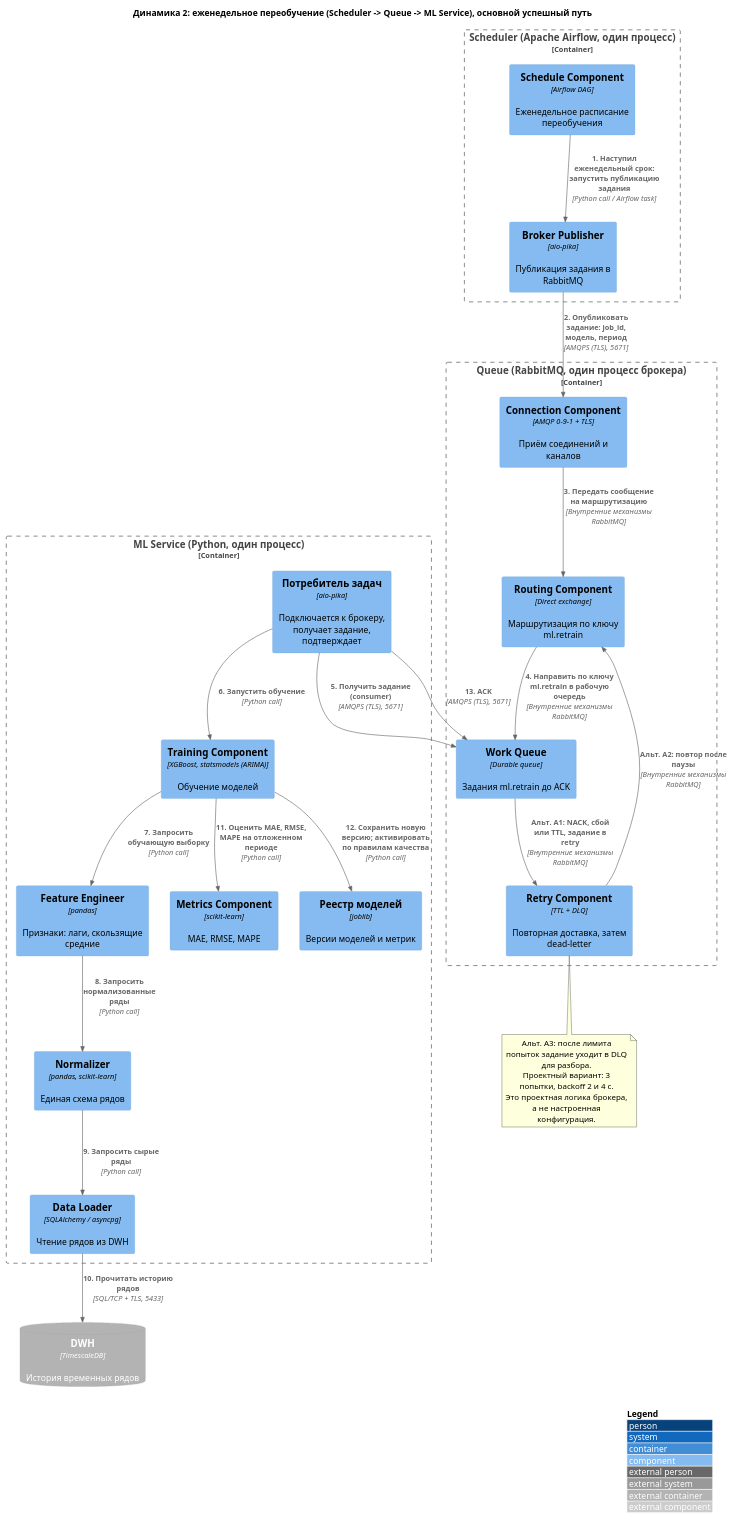
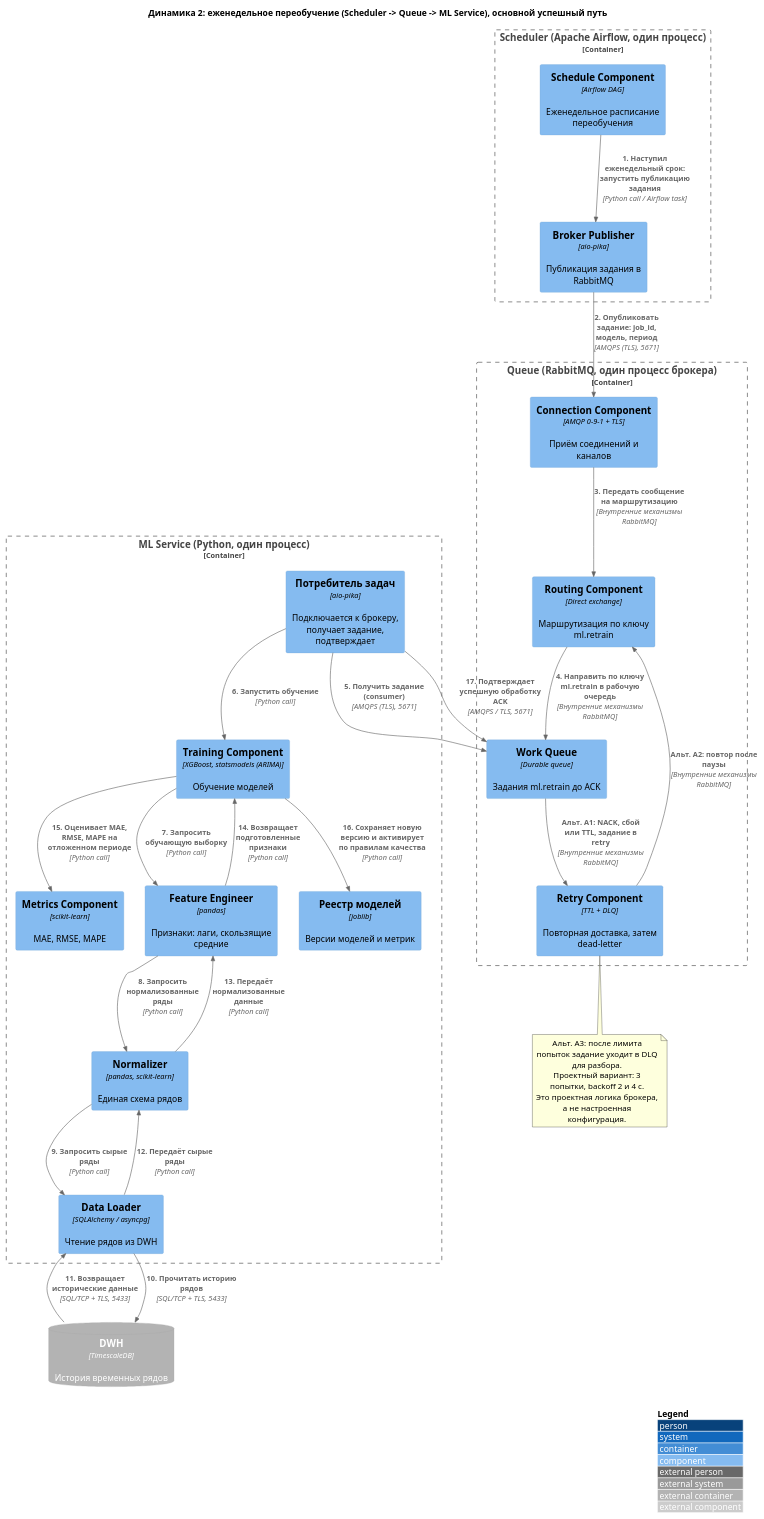
The diagram in src/lab4/danya/dynamic_danya_retraining.puml (Jjots/finance-forecast-app), drawn with PlantUML before and after one commit. The commit also changed 1 other file, not shown here.

Commit message:
fix: correct Danya lab4 diagrams

```diff
--- a/src/lab4/danya/dynamic_danya_retraining.puml
+++ b/src/lab4/danya/dynamic_danya_retraining.puml
@@ -1,55 +1,61 @@
 @startuml dynamic_danya_retraining
 !include https://raw.githubusercontent.com/plantuml-stdlib/C4-PlantUML/master/C4_Component.puml
 
 LAYOUT_WITH_LEGEND()
 
 title Динамика 2: еженедельное переобучение (Scheduler -> Queue -> ML Service), основной успешный путь
 
 Container_Boundary(scheduler, "Scheduler (Apache Airflow, один процесс)") {
     Component(schedule_comp, "Schedule Component", "Airflow DAG", "Еженедельное расписание переобучения")
     Component(broker_publisher_comp, "Broker Publisher", "aio-pika", "Публикация задания в RabbitMQ")
 }
 
 Container_Boundary(queue, "Queue (RabbitMQ, один процесс брокера)") {
     Component(connection_comp, "Connection Component", "AMQP 0-9-1 + TLS", "Приём соединений и каналов")
     Component(routing_comp, "Routing Component", "Direct exchange", "Маршрутизация по ключу ml.retrain")
     Component(work_queue_comp, "Work Queue", "Durable queue", "Задания ml.retrain до ACK")
     Component(retry_comp, "Retry Component", "TTL + DLQ", "Повторная доставка, затем dead-letter")
 }
 
 Container_Boundary(ml_service, "ML Service (Python, один процесс)") {
     Component(task_consumer_comp, "Потребитель задач", "aio-pika", "Подключается к брокеру, получает задание, подтверждает")
     Component(training_comp, "Training Component", "XGBoost, statsmodels (ARIMA)", "Обучение моделей")
     Component(feature_engineer_comp, "Feature Engineer", "pandas", "Признаки: лаги, скользящие средние")
     Component(normalizer_comp, "Normalizer", "pandas, scikit-learn", "Единая схема рядов")
     Component(data_loader_comp, "Data Loader", "SQLAlchemy / asyncpg", "Чтение рядов из DWH")
     Component(metrics_comp, "Metrics Component", "scikit-learn", "MAE, RMSE, MAPE")
     Component(model_registry_comp, "Реестр моделей", "joblib", "Версии моделей и метрик")
 }
 
 ContainerDb_Ext(dwh, "DWH", "TimescaleDB", "История временных рядов")
 
 Rel(schedule_comp, broker_publisher_comp, "1. Наступил еженедельный срок: запустить публикацию задания", "Python call / Airflow task")
 Rel(broker_publisher_comp, connection_comp, "2. Опубликовать задание: job_id, модель, период", "AMQPS (TLS), 5671")
 Rel(connection_comp, routing_comp, "3. Передать сообщение на маршрутизацию", "Внутренние механизмы RabbitMQ")
 Rel(routing_comp, work_queue_comp, "4. Направить по ключу ml.retrain в рабочую очередь", "Внутренние механизмы RabbitMQ")
 Rel(task_consumer_comp, work_queue_comp, "5. Получить задание (consumer)", "AMQPS (TLS), 5671")
 Rel(task_consumer_comp, training_comp, "6. Запустить обучение", "Python call")
 Rel(training_comp, feature_engineer_comp, "7. Запросить обучающую выборку", "Python call")
 Rel(feature_engineer_comp, normalizer_comp, "8. Запросить нормализованные ряды", "Python call")
 Rel(normalizer_comp, data_loader_comp, "9. Запросить сырые ряды", "Python call")
 Rel(data_loader_comp, dwh, "10. Прочитать историю рядов", "SQL/TCP + TLS, 5433")
-Rel(training_comp, metrics_comp, "11. Оценить MAE, RMSE, MAPE на отложенном периоде", "Python call")
-Rel(training_comp, model_registry_comp, "12. Сохранить новую версию; активировать по правилам качества", "Python call")
-Rel(task_consumer_comp, work_queue_comp, "13. ACK", "AMQPS (TLS), 5671")
+
+Rel(dwh, data_loader_comp, "11. Возвращает исторические данные", "SQL/TCP + TLS, 5433")
+Rel(data_loader_comp, normalizer_comp, "12. Передаёт сырые ряды", "Python call")
+Rel(normalizer_comp, feature_engineer_comp, "13. Передаёт нормализованные данные", "Python call")
+Rel(feature_engineer_comp, training_comp, "14. Возвращает подготовленные признаки", "Python call")
+Rel(training_comp, metrics_comp, "15. Оценивает MAE, RMSE, MAPE на отложенном периоде", "Python call")
+Rel(training_comp, model_registry_comp, "16. Сохраняет новую версию и активирует по правилам качества", "Python call")
+Rel(task_consumer_comp, work_queue_comp, "17. Подтверждает успешную обработку ACK", "AMQPS / TLS, 5671")
+
 
 Rel(work_queue_comp, retry_comp, "Альт. A1: NACK, сбой или TTL, задание в retry", "Внутренние механизмы RabbitMQ")
 Rel(retry_comp, routing_comp, "Альт. A2: повтор после паузы", "Внутренние механизмы RabbitMQ")
 
 note bottom of retry_comp
   Альт. A3: после лимита попыток задание уходит в DLQ для разбора.
   Проектный вариант: 3 попытки, backoff 2 и 4 с.
   Это проектная логика брокера, а не настроенная конфигурация.
 end note
 
 @enduml
```
